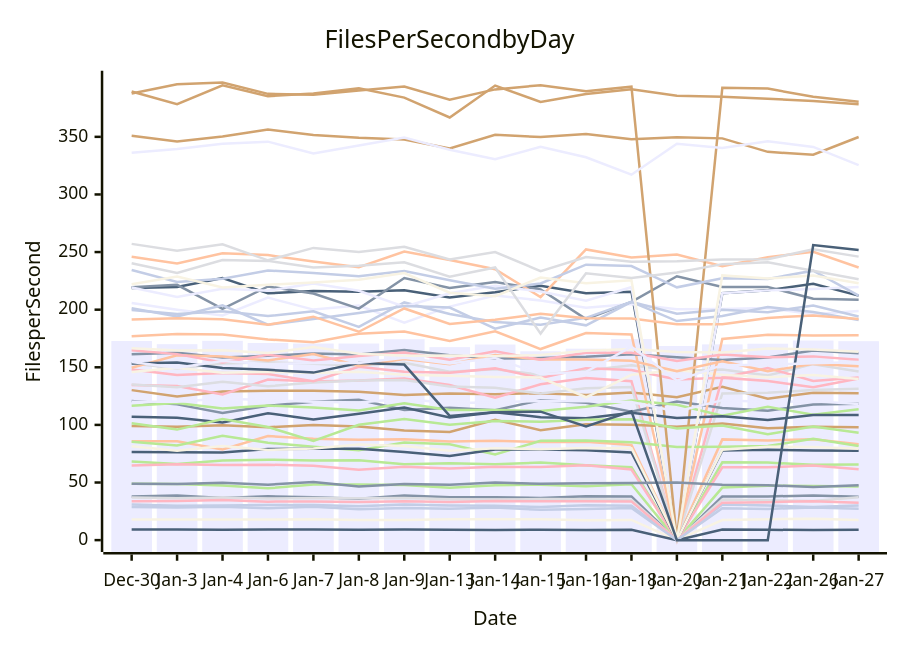
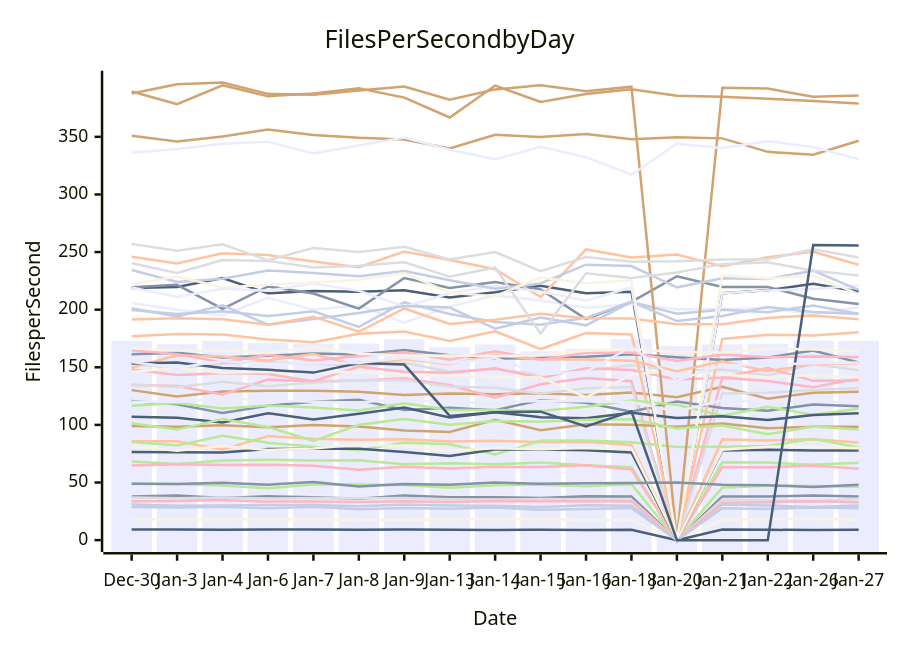
The diagram in perf-report.md (streetsidesoftware/cspell), drawn with Mermaid before and after one commit. The commit also changed other lines of this file and 1 other file, not shown here.

````diff
--- a/perf-report.md
+++ b/perf-report.md
@@ -10,57 +10,57 @@
 ```mermaid
 xychart-beta
     title Files Per Second by Day
     y-axis Files per Second
     x-axis Date [Dec-30, Jan-3, Jan-4, Jan-6, Jan-7, Jan-8, Jan-9, Jan-13, Jan-14, Jan-15, Jan-16, Jan-18, Jan-20, Jan-21, Jan-22, Jan-26, Jan-27]
-    bar [172.79, 170.07, 172.98, 171.06, 170.63, 170.60, 174.36, 167.48, 169.75, 163.88, 166.13, 174.50, 168.43, 169.86, 170.44, 173.21, 172.67]
-    line [37.85, 38.77, 36.54, 38.02, 37.20, 35.97, 38.77, 37.19, 37.15, 36.65, 38.13, 37.95, 0.00, 37.76, 37.89, 38.81, 37.65]
-    line [85.81, 85.78, 78.64, 90.27, 87.90, 87.06, 87.60, 85.54, 86.15, 85.12, 85.43, 82.51, 0.00, 87.43, 86.48, 87.49, 83.14]
-    line [153.21, 148.91, 153.20, 154.41, 153.05, 151.33, 153.98, 146.13, 148.32, 143.55, 147.19, 151.83, 146.83, 148.17, 142.81, 152.72, 146.41]
-    line [48.82, 48.74, 47.38, 44.97, 48.20, 48.28, 47.88, 45.48, 47.52, 48.15, 46.82, 48.44, 0.00, 45.59, 47.24, 46.87, 46.50]
-    line [130.19, 124.72, 128.97, 129.63, 129.57, 128.75, 125.98, 127.26, 126.67, 127.57, 126.01, 128.09, 123.93, 133.11, 122.76, 127.88, 127.54]
-    line [30.88, 29.79, 30.12, 30.58, 30.44, 29.43, 30.82, 30.13, 29.74, 28.69, 30.19, 29.74, 0.00, 30.87, 30.00, 28.70, 30.15]
-    line [134.58, 133.84, 126.46, 139.31, 137.59, 138.48, 140.31, 134.58, 123.64, 135.23, 140.79, 137.86, 0.00, 141.02, 138.02, 132.73, 140.34]
-    line [218.79, 219.63, 227.40, 214.16, 216.11, 215.58, 216.92, 210.61, 215.07, 220.69, 214.26, 215.48, 0.00, 214.23, 216.83, 222.41, 212.17]
-    line [17.93, 17.83, 17.83, 17.89, 18.19, 17.48, 17.44, 18.04, 18.04, 18.22, 17.23, 17.55, 0.00, 17.39, 18.17, 18.55, 17.49]
-    line [205.76, 199.93, 194.96, 210.48, 200.08, 203.53, 188.73, 202.65, 212.27, 207.96, 201.68, 204.97, 200.41, 200.50, 201.35, 196.11, 198.83]
-    line [219.38, 221.60, 200.66, 220.18, 213.99, 200.90, 227.46, 218.81, 223.94, 217.59, 191.78, 206.70, 229.01, 219.68, 219.77, 209.49, 208.60]
-    line [245.95, 240.13, 248.92, 247.35, 241.85, 236.85, 250.47, 243.18, 235.07, 210.91, 252.26, 245.25, 247.79, 237.71, 245.48, 250.24, 236.64]
-    line [134.99, 132.64, 137.41, 133.47, 136.71, 138.45, 138.88, 133.26, 132.31, 127.23, 131.76, 132.93, 0.00, 127.27, 127.81, 130.32, 131.33]
-    line [68.15, 65.99, 69.11, 69.77, 69.09, 69.36, 65.84, 66.66, 65.78, 67.40, 65.04, 63.23, 0.00, 67.48, 67.27, 65.41, 65.55]
-    line [350.95, 345.98, 350.21, 356.35, 351.62, 349.11, 347.65, 339.94, 351.75, 349.84, 352.46, 347.95, 349.61, 348.67, 336.98, 334.45, 349.88]
-    line [199.78, 196.30, 198.61, 194.45, 198.60, 185.12, 206.27, 196.30, 189.40, 186.97, 192.92, 206.92, 196.43, 199.84, 197.78, 203.69, 194.15]
-    line [148.04, 143.32, 145.06, 144.14, 137.83, 150.50, 146.15, 145.30, 149.05, 140.78, 149.26, 147.65, 139.36, 140.95, 149.41, 138.21, 141.18]
-    line [9.12, 9.16, 9.11, 9.12, 9.14, 8.90, 9.21, 9.09, 8.82, 8.93, 8.76, 8.99, 0.00, 9.21, 8.99, 8.69, 8.96]
-    line [145.93, 149.70, 145.36, 146.19, 145.02, 146.18, 143.49, 142.76, 141.64, 141.15, 123.99, 143.49, 147.59, 143.59, 141.42, 143.21, 139.80]
-    line [219.17, 210.98, 218.13, 216.47, 222.63, 216.37, 202.60, 214.18, 220.74, 215.80, 207.87, 219.52, 0.00, 214.36, 216.75, 217.84, 219.78]
-    line [120.64, 117.82, 110.33, 116.53, 120.08, 121.77, 112.94, 114.87, 112.73, 121.37, 119.21, 111.41, 120.28, 114.69, 112.28, 117.78, 118.45]
-    line [176.99, 178.92, 178.38, 174.22, 171.75, 179.11, 181.04, 172.87, 181.24, 165.83, 179.67, 178.49, 0.00, 174.64, 178.29, 177.69, 177.91]
-    line [36.98, 36.38, 37.08, 36.07, 36.65, 36.34, 36.49, 35.46, 35.24, 35.59, 35.58, 35.07, 0.00, 35.24, 34.68, 33.94, 37.17]
-    line [85.34, 82.22, 90.61, 84.54, 80.98, 78.06, 84.72, 83.13, 74.36, 86.16, 86.38, 84.98, 80.87, 81.08, 81.74, 87.91, 81.66]
-    line [387.60, 395.60, 397.05, 387.31, 386.47, 390.16, 393.74, 382.18, 391.17, 394.86, 389.55, 393.53, 0.00, 392.61, 391.87, 384.72, 380.50]
-    line [201.20, 194.13, 203.79, 186.99, 191.85, 197.16, 203.10, 201.84, 183.49, 193.18, 186.41, 206.76, 190.09, 194.48, 202.39, 197.93, 190.96]
-    line [64.66, 65.89, 65.11, 65.47, 64.47, 61.13, 63.67, 62.15, 63.63, 63.52, 64.93, 61.26, 0.00, 63.19, 63.24, 64.72, 61.49]
-    line [76.50, 76.34, 76.08, 79.03, 79.23, 79.24, 76.50, 72.97, 78.65, 78.72, 77.98, 76.03, 0.00, 77.82, 78.41, 77.74, 77.55]
-    line [81.41, 77.52, 81.68, 78.20, 79.53, 83.01, 81.62, 77.54, 79.76, 78.94, 80.05, 79.79, 0.00, 78.41, 81.03, 80.80, 79.24]
-    line [336.17, 339.40, 343.93, 345.83, 335.66, 342.43, 349.42, 338.80, 330.51, 341.37, 332.29, 317.17, 344.00, 340.27, 346.07, 341.26, 325.45]
-    line [161.25, 162.72, 158.59, 160.02, 162.06, 161.10, 164.91, 160.36, 157.59, 157.97, 159.04, 161.40, 158.69, 156.26, 158.43, 164.60, 162.20]
-    line [191.45, 192.64, 191.68, 186.85, 193.93, 180.85, 201.04, 187.54, 191.28, 196.46, 192.64, 192.25, 187.45, 187.38, 192.87, 195.04, 191.90]
-    line [257.10, 251.12, 256.72, 242.84, 253.62, 250.11, 254.55, 243.64, 250.04, 233.42, 245.62, 241.64, 242.10, 243.52, 243.78, 252.46, 246.04]
-    line [116.64, 119.03, 114.16, 116.74, 115.06, 112.51, 118.83, 112.95, 112.89, 112.17, 115.75, 121.13, 117.45, 107.89, 115.63, 108.80, 113.59]
-    line [99.08, 98.33, 99.60, 97.96, 99.84, 98.62, 95.10, 93.83, 104.36, 95.41, 100.49, 100.17, 98.43, 101.26, 97.05, 98.45, 97.87]
-    line [234.40, 224.05, 226.75, 234.01, 231.87, 229.00, 233.60, 225.53, 218.14, 222.73, 239.07, 237.86, 219.38, 227.33, 226.70, 233.87, 212.17]
-    line [33.78, 33.96, 34.86, 33.41, 33.47, 33.19, 33.82, 33.01, 34.00, 33.70, 33.67, 33.62, 0.00, 32.53, 32.97, 33.70, 32.47]
-    line [107.07, 106.25, 102.14, 110.16, 104.65, 109.58, 115.11, 106.48, 111.07, 106.70, 105.83, 110.59, 105.90, 107.50, 104.30, 108.52, 108.53]
-    line [222.00, 228.77, 219.30, 221.68, 223.62, 226.04, 231.74, 214.77, 211.68, 227.93, 222.84, 225.57, 0.00, 229.76, 226.99, 229.64, 222.91]
-    line [120.11, 120.07, 122.96, 121.36, 120.04, 119.36, 122.67, 118.82, 119.70, 120.72, 120.60, 119.83, 111.61, 121.49, 119.94, 120.57, 118.08]
-    line [48.88, 48.70, 49.88, 48.16, 50.54, 46.59, 48.81, 48.15, 49.96, 48.86, 49.35, 49.61, 49.98, 48.14, 47.57, 46.02, 47.64]
-    line [149.63, 160.44, 159.38, 155.94, 161.49, 151.30, 157.09, 152.68, 160.69, 156.79, 156.81, 155.73, 146.52, 155.23, 146.60, 152.95, 150.80]
-    line [240.28, 231.82, 243.15, 242.35, 236.52, 238.12, 241.19, 228.64, 236.61, 179.24, 231.58, 227.41, 232.25, 239.53, 241.09, 233.83, 226.32]
-    line [101.39, 95.92, 105.11, 98.16, 86.10, 100.14, 105.08, 100.22, 103.42, 102.77, 104.55, 104.84, 96.90, 99.42, 91.88, 98.65, 93.26]
-    line [389.40, 378.43, 394.66, 385.25, 387.67, 392.05, 384.01, 366.78, 394.48, 380.24, 387.08, 391.19, 385.76, 384.74, 382.99, 381.11, 378.36]
-    line [28.71, 28.29, 28.89, 27.76, 28.93, 26.82, 27.98, 27.25, 28.25, 26.29, 26.94, 27.92, 0.00, 27.74, 27.10, 28.41, 27.24]
-    line [164.75, 161.43, 154.09, 160.97, 155.89, 159.83, 162.81, 156.59, 163.92, 156.50, 162.70, 162.52, 155.39, 161.05, 158.62, 159.47, 156.64]
-    line [153.37, 154.17, 149.42, 147.86, 145.38, 153.63, 152.37, 107.78, 110.93, 111.50, 98.69, 111.74, 0.00, 0.00, 0.00, 256.11, 251.74]
-    line [166.42, 164.47, 164.70, 162.35, 167.49, 161.75, 159.91, 160.33, 159.51, 160.62, 164.27, 165.83, 163.17, 162.82, 166.39, 165.48, 163.41]
-    line [154.49, 149.59, 155.51, 152.61, 153.69, 153.81, 158.28, 153.24, 158.05, 143.97, 146.11, 167.84, 138.47, 151.83, 152.31, 153.48, 154.60]
+    bar [172.79, 170.07, 172.98, 171.06, 170.63, 170.60, 174.36, 167.48, 169.75, 163.88, 166.13, 174.50, 168.43, 169.86, 170.44, 173.21, 172.82]
+    line [37.85, 38.77, 36.54, 38.02, 37.20, 35.97, 38.77, 37.19, 37.15, 36.65, 38.13, 37.95, 0.00, 37.76, 37.89, 38.81, 37.93]
+    line [85.81, 85.78, 78.64, 90.27, 87.90, 87.06, 87.60, 85.54, 86.15, 85.12, 85.43, 82.51, 0.00, 87.43, 86.48, 87.49, 84.71]
+    line [153.21, 148.91, 153.20, 154.41, 153.05, 151.33, 153.98, 146.13, 148.32, 143.55, 147.19, 151.83, 146.83, 148.17, 142.81, 152.72, 147.54]
+    line [48.82, 48.74, 47.38, 44.97, 48.20, 48.28, 47.88, 45.48, 47.52, 48.15, 46.82, 48.44, 0.00, 45.59, 47.24, 46.87, 46.43]
+    line [130.19, 124.72, 128.97, 129.63, 129.57, 128.75, 125.98, 127.26, 126.67, 127.57, 126.01, 128.09, 123.93, 133.11, 122.76, 127.88, 128.69]
+    line [30.88, 29.79, 30.12, 30.58, 30.44, 29.43, 30.82, 30.13, 29.74, 28.69, 30.19, 29.74, 0.00, 30.87, 30.00, 28.70, 30.12]
+    line [134.58, 133.84, 126.46, 139.31, 137.59, 138.48, 140.31, 134.58, 123.64, 135.23, 140.79, 137.86, 0.00, 141.02, 138.02, 132.73, 140.24]
+    line [218.79, 219.63, 227.40, 214.16, 216.11, 215.58, 216.92, 210.61, 215.07, 220.69, 214.26, 215.48, 0.00, 214.23, 216.83, 222.41, 215.81]
+    line [17.93, 17.83, 17.83, 17.89, 18.19, 17.48, 17.44, 18.04, 18.04, 18.22, 17.23, 17.55, 0.00, 17.39, 18.17, 18.55, 17.57]
+    line [205.76, 199.93, 194.96, 210.48, 200.08, 203.53, 188.73, 202.65, 212.27, 207.96, 201.68, 204.97, 200.41, 200.50, 201.35, 196.11, 202.03]
+    line [219.38, 221.60, 200.66, 220.18, 213.99, 200.90, 227.46, 218.81, 223.94, 217.59, 191.78, 206.70, 229.01, 219.68, 219.77, 209.49, 204.94]
+    line [245.95, 240.13, 248.92, 247.35, 241.85, 236.85, 250.47, 243.18, 235.07, 210.91, 252.26, 245.25, 247.79, 237.71, 245.48, 250.24, 239.03]
+    line [134.99, 132.64, 137.41, 133.47, 136.71, 138.45, 138.88, 133.26, 132.31, 127.23, 131.76, 132.93, 0.00, 127.27, 127.81, 130.32, 132.03]
+    line [68.15, 65.99, 69.11, 69.77, 69.09, 69.36, 65.84, 66.66, 65.78, 67.40, 65.04, 63.23, 0.00, 67.48, 67.27, 65.41, 67.07]
+    line [350.95, 345.98, 350.21, 356.35, 351.62, 349.11, 347.65, 339.94, 351.75, 349.84, 352.46, 347.95, 349.61, 348.67, 336.98, 334.45, 346.57]
+    line [199.78, 196.30, 198.61, 194.45, 198.60, 185.12, 206.27, 196.30, 189.40, 186.97, 192.92, 206.92, 196.43, 199.84, 197.78, 203.69, 196.52]
+    line [148.04, 143.32, 145.06, 144.14, 137.83, 150.50, 146.15, 145.30, 149.05, 140.78, 149.26, 147.65, 139.36, 140.95, 149.41, 138.21, 138.55]
+    line [9.12, 9.16, 9.11, 9.12, 9.14, 8.90, 9.21, 9.09, 8.82, 8.93, 8.76, 8.99, 0.00, 9.21, 8.99, 8.69, 9.06]
+    line [145.93, 149.70, 145.36, 146.19, 145.02, 146.18, 143.49, 142.76, 141.64, 141.15, 123.99, 143.49, 147.59, 143.59, 141.42, 143.21, 141.20]
+    line [219.17, 210.98, 218.13, 216.47, 222.63, 216.37, 202.60, 214.18, 220.74, 215.80, 207.87, 219.52, 0.00, 214.36, 216.75, 217.84, 220.87]
+    line [120.64, 117.82, 110.33, 116.53, 120.08, 121.77, 112.94, 114.87, 112.73, 121.37, 119.21, 111.41, 120.28, 114.69, 112.28, 117.78, 116.14]
+    line [176.99, 178.92, 178.38, 174.22, 171.75, 179.11, 181.04, 172.87, 181.24, 165.83, 179.67, 178.49, 0.00, 174.64, 178.29, 177.69, 180.46]
+    line [36.98, 36.38, 37.08, 36.07, 36.65, 36.34, 36.49, 35.46, 35.24, 35.59, 35.58, 35.07, 0.00, 35.24, 34.68, 33.94, 35.92]
+    line [85.34, 82.22, 90.61, 84.54, 80.98, 78.06, 84.72, 83.13, 74.36, 86.16, 86.38, 84.98, 80.87, 81.08, 81.74, 87.91, 80.34]
+    line [387.60, 395.60, 397.05, 387.31, 386.47, 390.16, 393.74, 382.18, 391.17, 394.86, 389.55, 393.53, 0.00, 392.61, 391.87, 384.72, 385.87]
+    line [201.20, 194.13, 203.79, 186.99, 191.85, 197.16, 203.10, 201.84, 183.49, 193.18, 186.41, 206.76, 190.09, 194.48, 202.39, 197.93, 196.32]
+    line [64.66, 65.89, 65.11, 65.47, 64.47, 61.13, 63.67, 62.15, 63.63, 63.52, 64.93, 61.26, 0.00, 63.19, 63.24, 64.72, 62.00]
+    line [76.50, 76.34, 76.08, 79.03, 79.23, 79.24, 76.50, 72.97, 78.65, 78.72, 77.98, 76.03, 0.00, 77.82, 78.41, 77.74, 77.78]
+    line [81.41, 77.52, 81.68, 78.20, 79.53, 83.01, 81.62, 77.54, 79.76, 78.94, 80.05, 79.79, 0.00, 78.41, 81.03, 80.80, 79.69]
+    line [336.17, 339.40, 343.93, 345.83, 335.66, 342.43, 349.42, 338.80, 330.51, 341.37, 332.29, 317.17, 344.00, 340.27, 346.07, 341.26, 330.59]
+    line [161.25, 162.72, 158.59, 160.02, 162.06, 161.10, 164.91, 160.36, 157.59, 157.97, 159.04, 161.40, 158.69, 156.26, 158.43, 164.60, 154.09]
+    line [191.45, 192.64, 191.68, 186.85, 193.93, 180.85, 201.04, 187.54, 191.28, 196.46, 192.64, 192.25, 187.45, 187.38, 192.87, 195.04, 191.69]
+    line [257.10, 251.12, 256.72, 242.84, 253.62, 250.11, 254.55, 243.64, 250.04, 233.42, 245.62, 241.64, 242.10, 243.52, 243.78, 252.46, 245.33]
+    line [116.64, 119.03, 114.16, 116.74, 115.06, 112.51, 118.83, 112.95, 112.89, 112.17, 115.75, 121.13, 117.45, 107.89, 115.63, 108.80, 113.98]
+    line [99.08, 98.33, 99.60, 97.96, 99.84, 98.62, 95.10, 93.83, 104.36, 95.41, 100.49, 100.17, 98.43, 101.26, 97.05, 98.45, 98.30]
+    line [234.40, 224.05, 226.75, 234.01, 231.87, 229.00, 233.60, 225.53, 218.14, 222.73, 239.07, 237.86, 219.38, 227.33, 226.70, 233.87, 217.12]
+    line [33.78, 33.96, 34.86, 33.41, 33.47, 33.19, 33.82, 33.01, 34.00, 33.70, 33.67, 33.62, 0.00, 32.53, 32.97, 33.70, 32.82]
+    line [107.07, 106.25, 102.14, 110.16, 104.65, 109.58, 115.11, 106.48, 111.07, 106.70, 105.83, 110.59, 105.90, 107.50, 104.30, 108.52, 110.13]
+    line [222.00, 228.77, 219.30, 221.68, 223.62, 226.04, 231.74, 214.77, 211.68, 227.93, 222.84, 225.57, 0.00, 229.76, 226.99, 229.64, 213.50]
+    line [120.11, 120.07, 122.96, 121.36, 120.04, 119.36, 122.67, 118.82, 119.70, 120.72, 120.60, 119.83, 111.61, 121.49, 119.94, 120.57, 119.01]
+    line [48.88, 48.70, 49.88, 48.16, 50.54, 46.59, 48.81, 48.15, 49.96, 48.86, 49.35, 49.61, 49.98, 48.14, 47.57, 46.02, 47.96]
+    line [149.63, 160.44, 159.38, 155.94, 161.49, 151.30, 157.09, 152.68, 160.69, 156.79, 156.81, 155.73, 146.52, 155.23, 146.60, 152.95, 153.44]
+    line [240.28, 231.82, 243.15, 242.35, 236.52, 238.12, 241.19, 228.64, 236.61, 179.24, 231.58, 227.41, 232.25, 239.53, 241.09, 233.83, 229.73]
+    line [101.39, 95.92, 105.11, 98.16, 86.10, 100.14, 105.08, 100.22, 103.42, 102.77, 104.55, 104.84, 96.90, 99.42, 91.88, 98.65, 96.11]
+    line [389.40, 378.43, 394.66, 385.25, 387.67, 392.05, 384.01, 366.78, 394.48, 380.24, 387.08, 391.19, 385.76, 384.74, 382.99, 381.11, 378.87]
+    line [28.71, 28.29, 28.89, 27.76, 28.93, 26.82, 27.98, 27.25, 28.25, 26.29, 26.94, 27.92, 0.00, 27.74, 27.10, 28.41, 27.77]
+    line [164.75, 161.43, 154.09, 160.97, 155.89, 159.83, 162.81, 156.59, 163.92, 156.50, 162.70, 162.52, 155.39, 161.05, 158.62, 159.47, 158.84]
+    line [153.37, 154.17, 149.42, 147.86, 145.38, 153.63, 152.37, 107.78, 110.93, 111.50, 98.69, 111.74, 0.00, 0.00, 0.00, 256.11, 255.68]
+    line [166.42, 164.47, 164.70, 162.35, 167.49, 161.75, 159.91, 160.33, 159.51, 160.62, 164.27, 165.83, 163.17, 162.82, 166.39, 165.48, 164.06]
+    line [154.49, 149.59, 155.51, 152.61, 153.69, 153.81, 158.28, 153.24, 158.05, 143.97, 146.11, 167.84, 138.47, 151.83, 152.31, 153.48, 154.19]
 ```
````
